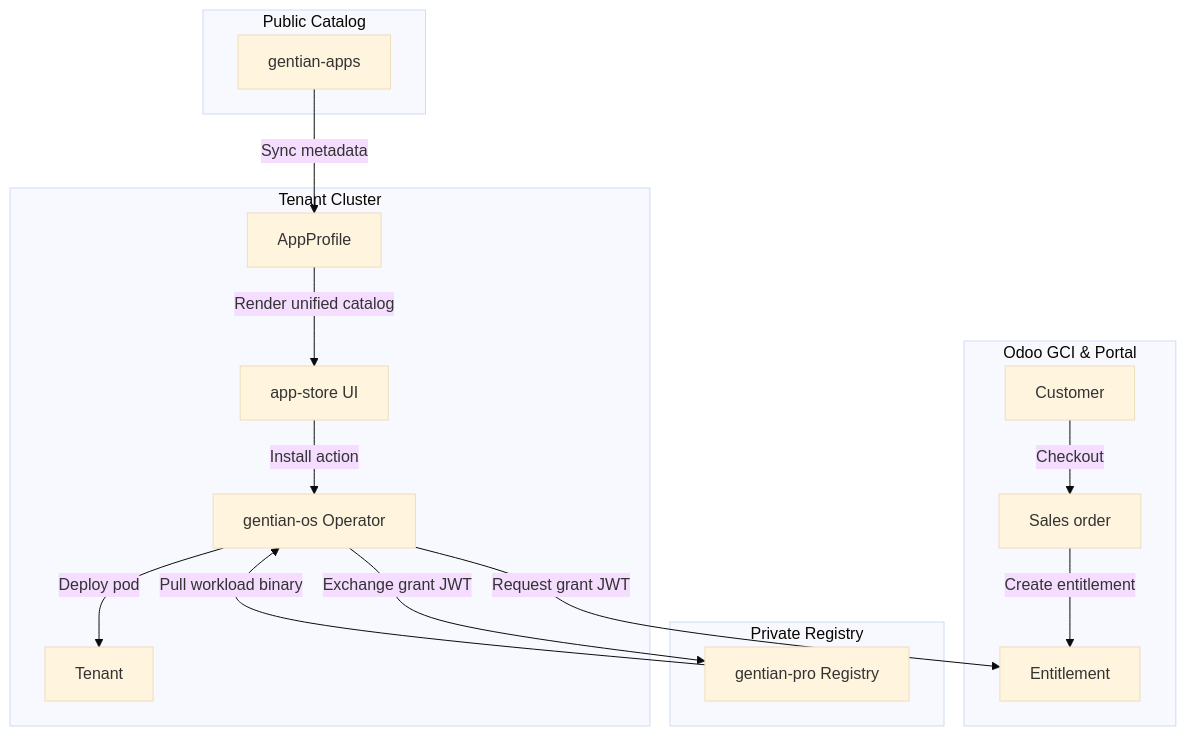
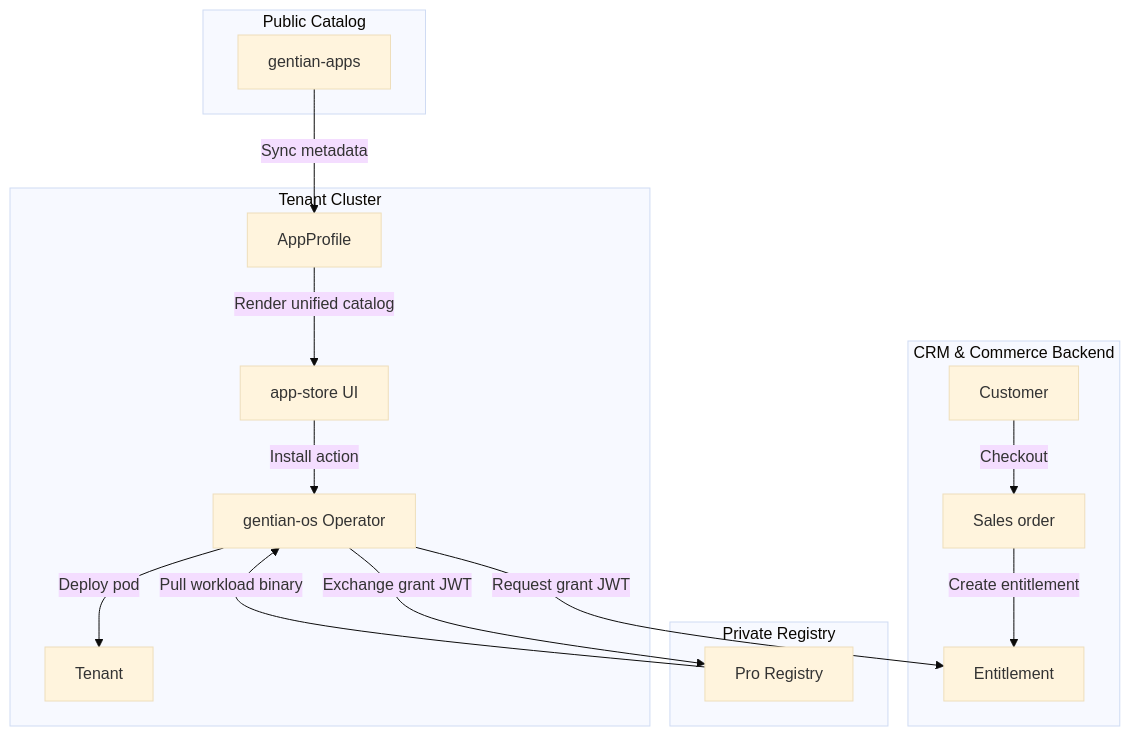
One commit to gentian-org/gentian-os changed the diagram in docs/design/business-logic-plan.md. Above: the diagram before and after it, drawn with Mermaid (base theme). The commit also changed other lines of this file and 23 other files, not shown here.

````diff
--- a/docs/design/business-logic-plan.md
+++ b/docs/design/business-logic-plan.md
@@ -82,30 +82,30 @@
 ```mermaid
 flowchart TD
     subgraph community ["Public Catalog"]
         GA["gentian-apps"]
     end
     subgraph pro ["Private Registry"]
-        GP["gentian-pro Registry"]
+        GP["Pro Registry"]
     end
-    subgraph crm ["Odoo GCI & Portal"]
+    subgraph crm ["CRM & Commerce Backend"]
         CUST["Customer"]
         SO["Sales order"]
         ENT["Entitlement"]
     end
     subgraph cluster ["Tenant Cluster"]
         AP["AppProfile"]
         STORE["app-store UI"]
         OP["gentian-os Operator"]
         TEN["Tenant"]
     end
 
     GA -->|Sync metadata| AP
     AP -->|Render unified catalog| STORE
     CUST -->|Checkout| SO
     SO -->|Create entitlement| ENT
     STORE -->|Install action| OP
     OP -->|Request grant JWT| ENT
     OP -->|Exchange grant JWT| GP
     GP -->|Pull workload binary| OP
     OP -->|Deploy pod| TEN
 ```
````
